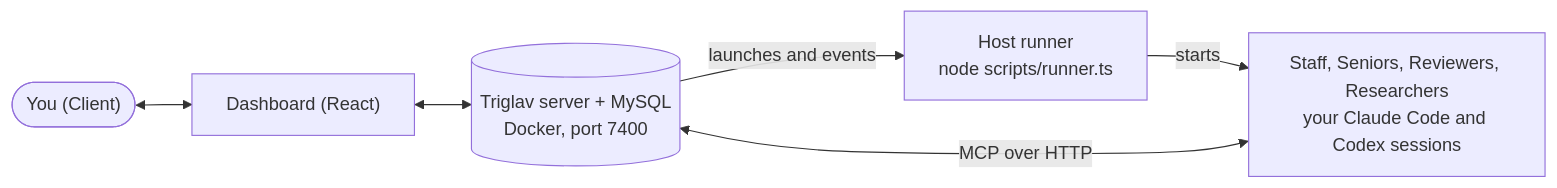
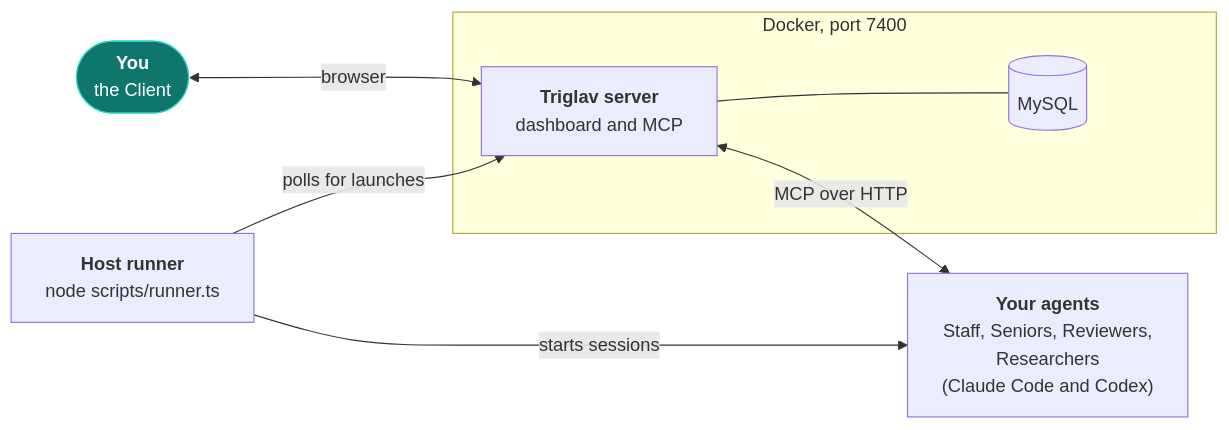
One commit to adam-drag/triglav changed the diagram in README.md. Above: the diagram before and after it, drawn with Mermaid.

Commit message:
Make the README diagram readable
The labels were cut off inside the nodes on GitHub. Use shorter labels,
a left-to-right layout and the Docker boundary as a group.

````diff
--- a/README.md
+++ b/README.md
@@ -60,8 +60,21 @@
 ```mermaid
 flowchart LR
-    you(["You (Client)"]) <--> dash["Dashboard (React)"]
-    dash <--> srv[("Triglav server + MySQL<br/>Docker, port 7400")]
-    agents["Staff, Seniors, Reviewers, Researchers<br/>your Claude Code and Codex sessions"] <-->|MCP over HTTP| srv
-    srv -->|launches and events| runner["Host runner<br/>node scripts/runner.ts"]
-    runner -->|starts| agents
+    you(["<b>You</b><br/>the Client"])
+
+    subgraph docker["Docker, port 7400"]
+        srv["<b>Triglav server</b><br/>dashboard and MCP"]
+        db[("MySQL")]
+    end
+
+    agents["<b>Your agents</b><br/>Staff, Seniors, Reviewers,<br/>Researchers<br/>(Claude Code and Codex)"]
+    runner["<b>Host runner</b><br/>node scripts/runner.ts"]
+
+    you <-->|"browser"| srv
+    srv --- db
+    srv <-->|"MCP over HTTP"| agents
+    runner -->|"starts sessions"| agents
+    runner -->|"polls for launches"| srv
+
+    classDef client fill:#0f766e,stroke:#2dd4bf,color:#fff
+    class you client
 ```
````
